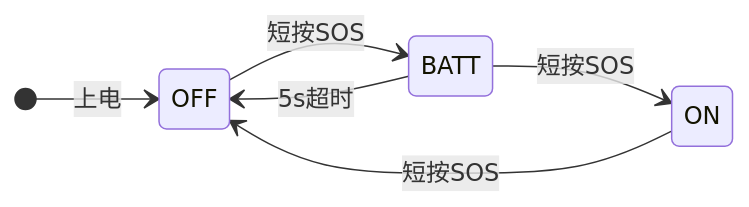
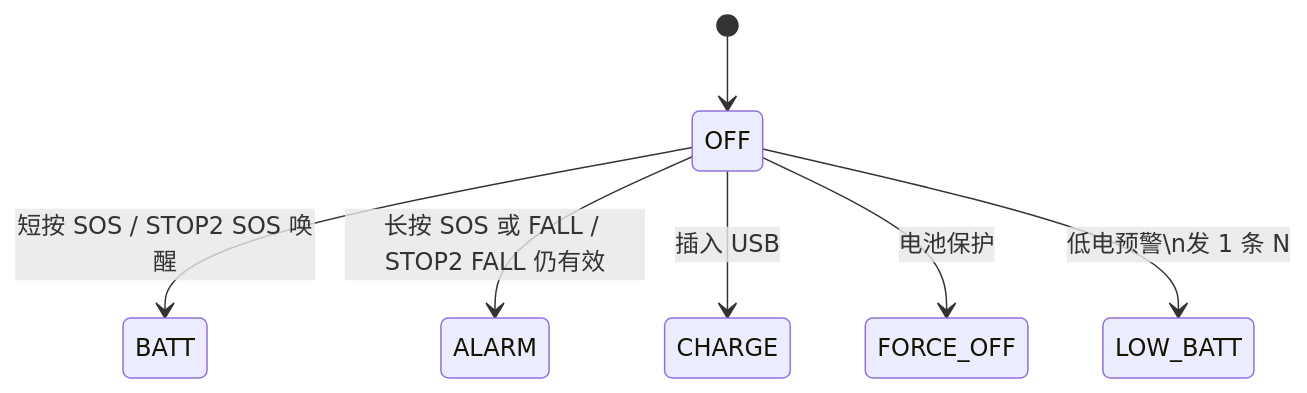
One commit to fenglong2018/MB-A01-PRO changed the first of 10 diagrams in app/mode/fsm.md. Above: the diagram before and after it, drawn with Mermaid. The commit also changed other lines of this file and 133 other files, not shown here.

````diff
--- a/app/mode/fsm.md
+++ b/app/mode/fsm.md
@@ -116,10 +51,9 @@
 ```mermaid
 stateDiagram-v2
-    direction LR
-    [*] --> OFF: 上电
-
-    OFF --> BATT: 短按SOS
-    BATT --> ON: 短按SOS
-    BATT --> OFF: 5s超时
-    ON --> OFF: 短按SOS
+    [*] --> OFF
+    OFF --> BATT: 短按 SOS / STOP2 SOS 唤醒
+    OFF --> ALARM: 长按 SOS 或 FALL / STOP2 FALL 仍有效
+    OFF --> CHARGE: 插入 USB
+    OFF --> FORCE_OFF: 电池保护
+    OFF --> LOW_BATT: 低电预警\n发 1 条 N
 ```
````
